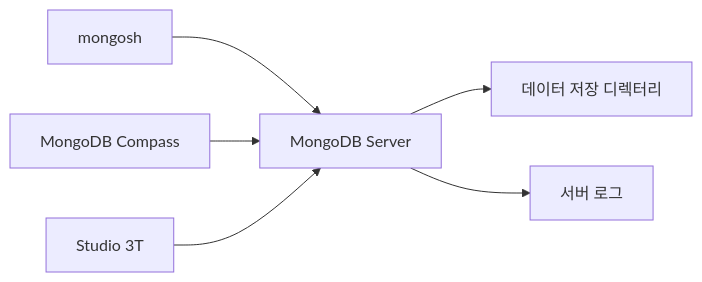
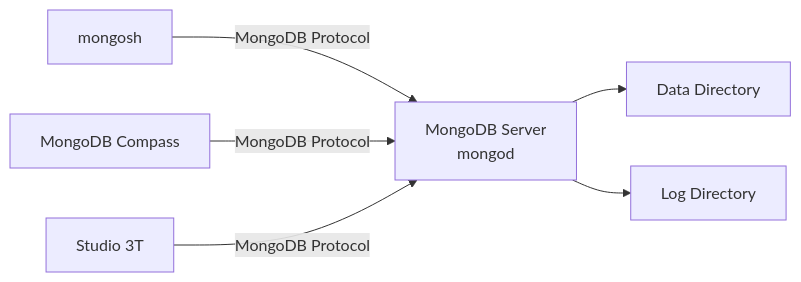
The fifth of 6 diagrams in _posts/study/smart-learning-ent/nosql-mongodb-easy-for-anyone-to-learn/2026-11-04-mongodb-configuration.md (ysiksik/ysiksik.github.io), drawn with Mermaid before and after one commit. The commit also changed other lines of this file and 10 other files, not shown here.

````diff
--- a/_posts/study/smart-learning-ent/nosql-mongodb-easy-for-anyone-to-learn/2026-11-04-mongodb-configuration.md
+++ b/_posts/study/smart-learning-ent/nosql-mongodb-easy-for-anyone-to-learn/2026-11-04-mongodb-configuration.md
@@ -175,8 +898,18 @@
 ```mermaid
 flowchart LR
-    A["mongosh"] --> D["MongoDB Server"]
-    B["MongoDB Compass"] --> D
-    C["Studio 3T"] --> D
-    D --> E["데이터 저장 디렉터리"]
-    D --> F["서버 로그"]
+    A["mongosh"]
+    B["MongoDB Compass"]
+    C["Studio 3T"]
+
+    D["MongoDB Server<br/>mongod"]
+
+    E["Data Directory"]
+    F["Log Directory"]
+
+    A -->|MongoDB Protocol| D
+    B -->|MongoDB Protocol| D
+    C -->|MongoDB Protocol| D
+
+    D --> E
+    D --> F
 ```
````
